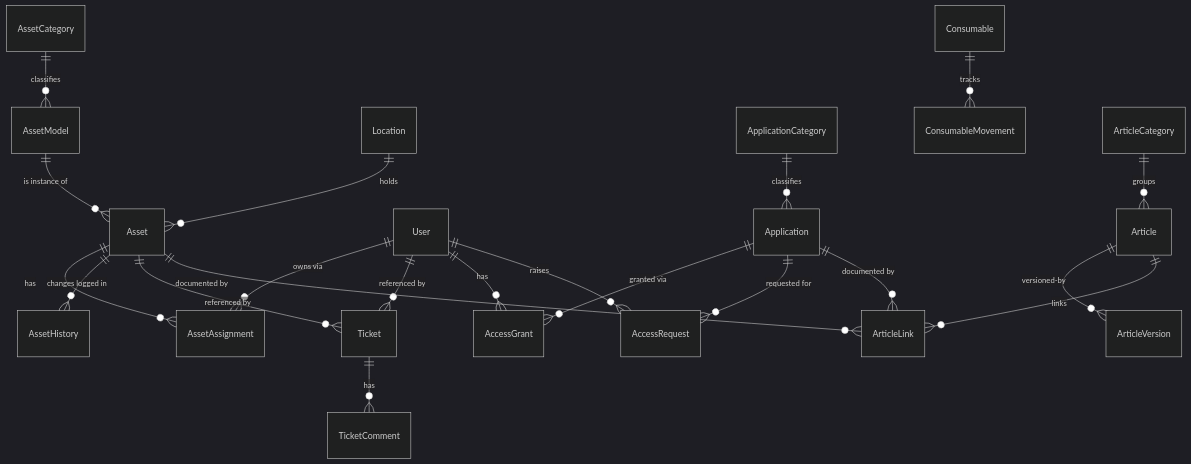
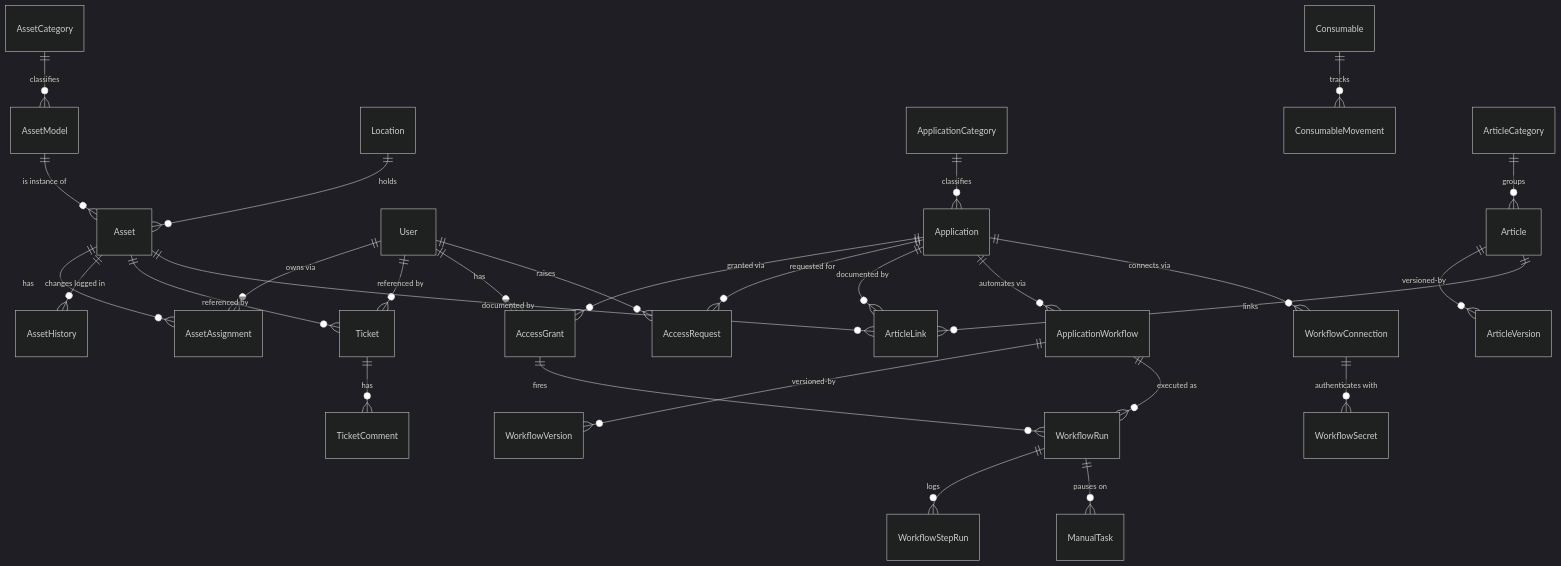
The diagram in docs/02-domain/_MOC.md (joacominatel/lazyit), drawn with Mermaid (dark theme) before and after one commit. The commit also changed other lines of this file and 1 other file, not shown here.

Commit message:
docs: index the 7 workflow-engine entities in the domain MOCs (#248)

````diff
--- a/docs/02-domain/_MOC.md
+++ b/docs/02-domain/_MOC.md
@@ -20,23 +20,31 @@
 ```mermaid
 erDiagram
     AssetCategory ||--o{ AssetModel : classifies
     AssetModel ||--o{ Asset : "is instance of"
     Location ||--o{ Asset : holds
     Asset ||--o{ AssetAssignment : has
     User ||--o{ AssetAssignment : "owns via"
     Asset ||--o{ AssetHistory : "changes logged in"
     Asset ||--o{ Ticket : "referenced by"
     User ||--o{ Ticket : "referenced by"
     Ticket ||--o{ TicketComment : has
     ApplicationCategory ||--o{ Application : classifies
     Application ||--o{ AccessGrant : "granted via"
     User ||--o{ AccessGrant : has
     Application ||--o{ AccessRequest : "requested for"
     User ||--o{ AccessRequest : raises
     Consumable ||--o{ ConsumableMovement : tracks
     ArticleCategory ||--o{ Article : groups
     Article ||--o{ ArticleVersion : versioned-by
     Article ||--o{ ArticleLink : links
     Asset ||--o{ ArticleLink : "documented by"
     Application ||--o{ ArticleLink : "documented by"
+    Application ||--o{ ApplicationWorkflow : "automates via"
+    Application ||--o{ WorkflowConnection : "connects via"
+    ApplicationWorkflow ||--o{ WorkflowVersion : "versioned-by"
+    ApplicationWorkflow ||--o{ WorkflowRun : "executed as"
+    AccessGrant ||--o{ WorkflowRun : fires
+    WorkflowRun ||--o{ WorkflowStepRun : logs
+    WorkflowRun ||--o{ ManualTask : "pauses on"
+    WorkflowConnection ||--o{ WorkflowSecret : "authenticates with"
 ```
````
